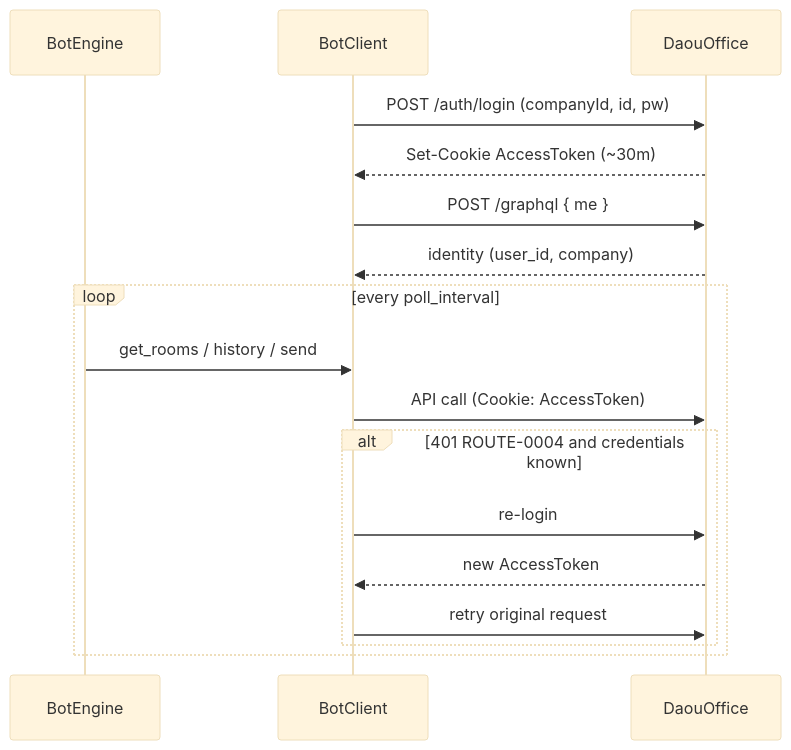
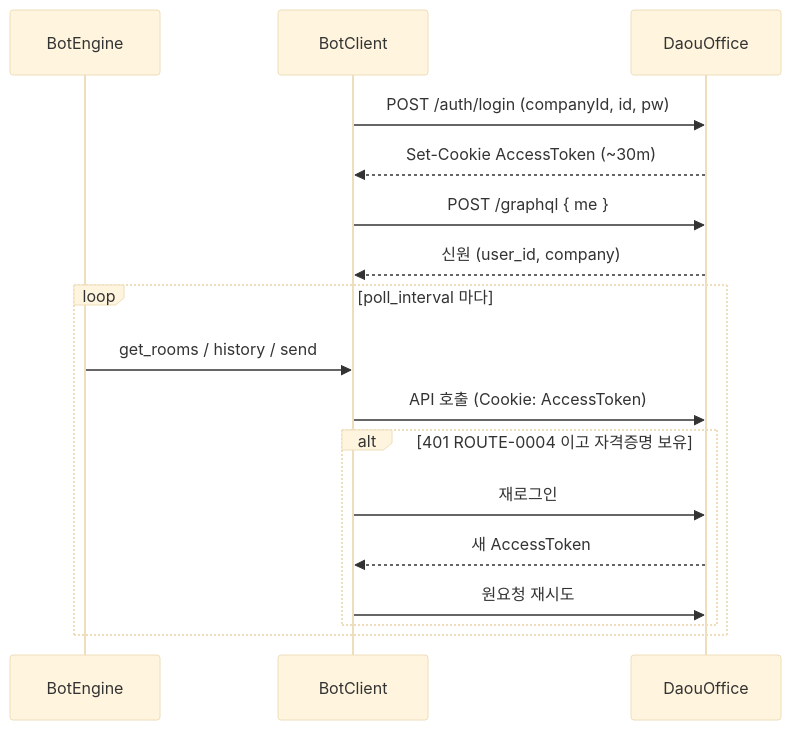
The third of 4 diagrams in docs/ARCHITECTURE.md (junsik/python-daouoffice-bot), drawn with Mermaid (base theme) before and after one commit. The commit also changed other lines of this file and 2 other files, not shown here.

First line of the commit message:
docs: rewrite ARCHITECTURE in clean Korean, current-state only

````diff
--- a/docs/ARCHITECTURE.md
+++ b/docs/ARCHITECTURE.md
@@ -75,19 +75,19 @@
 ```mermaid
 sequenceDiagram
     participant E as BotEngine
     participant C as BotClient
     participant S as DaouOffice
     C->>S: POST /auth/login (companyId, id, pw)
     S-->>C: Set-Cookie AccessToken (~30m)
     C->>S: POST /graphql { me }
-    S-->>C: identity (user_id, company)
-    loop every poll_interval
+    S-->>C: 신원 (user_id, company)
+    loop poll_interval 마다
         E->>C: get_rooms / history / send
-        C->>S: API call (Cookie: AccessToken)
-        alt 401 ROUTE-0004 and credentials known
-            C->>S: re-login
-            S-->>C: new AccessToken
-            C->>S: retry original request
+        C->>S: API 호출 (Cookie: AccessToken)
+        alt 401 ROUTE-0004 이고 자격증명 보유
+            C->>S: 재로그인
+            S-->>C: 새 AccessToken
+            C->>S: 원요청 재시도
         end
     end
 ```
````
